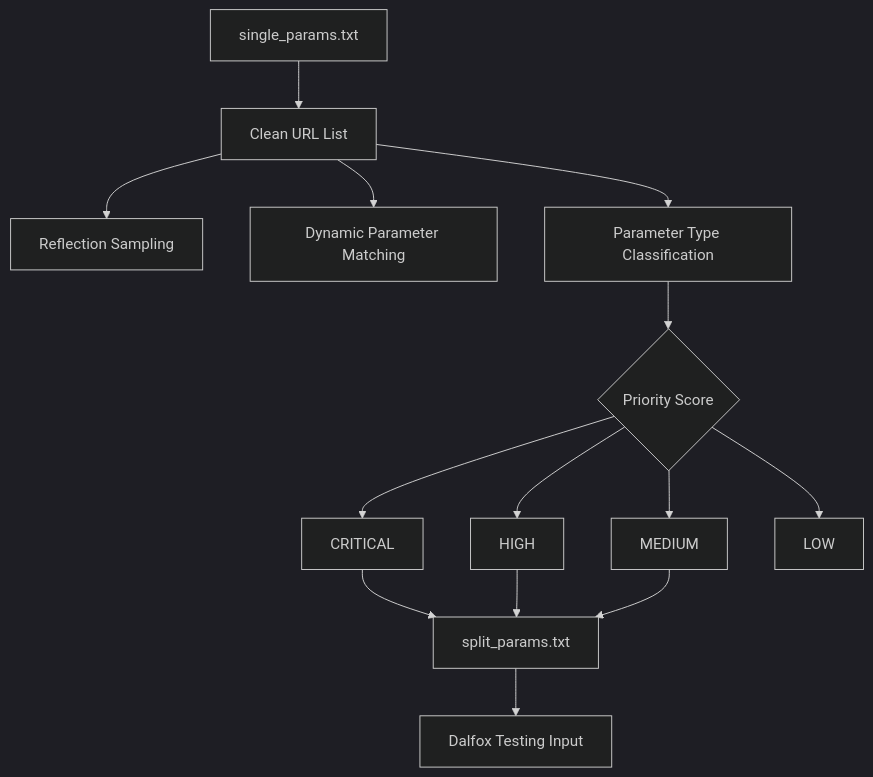
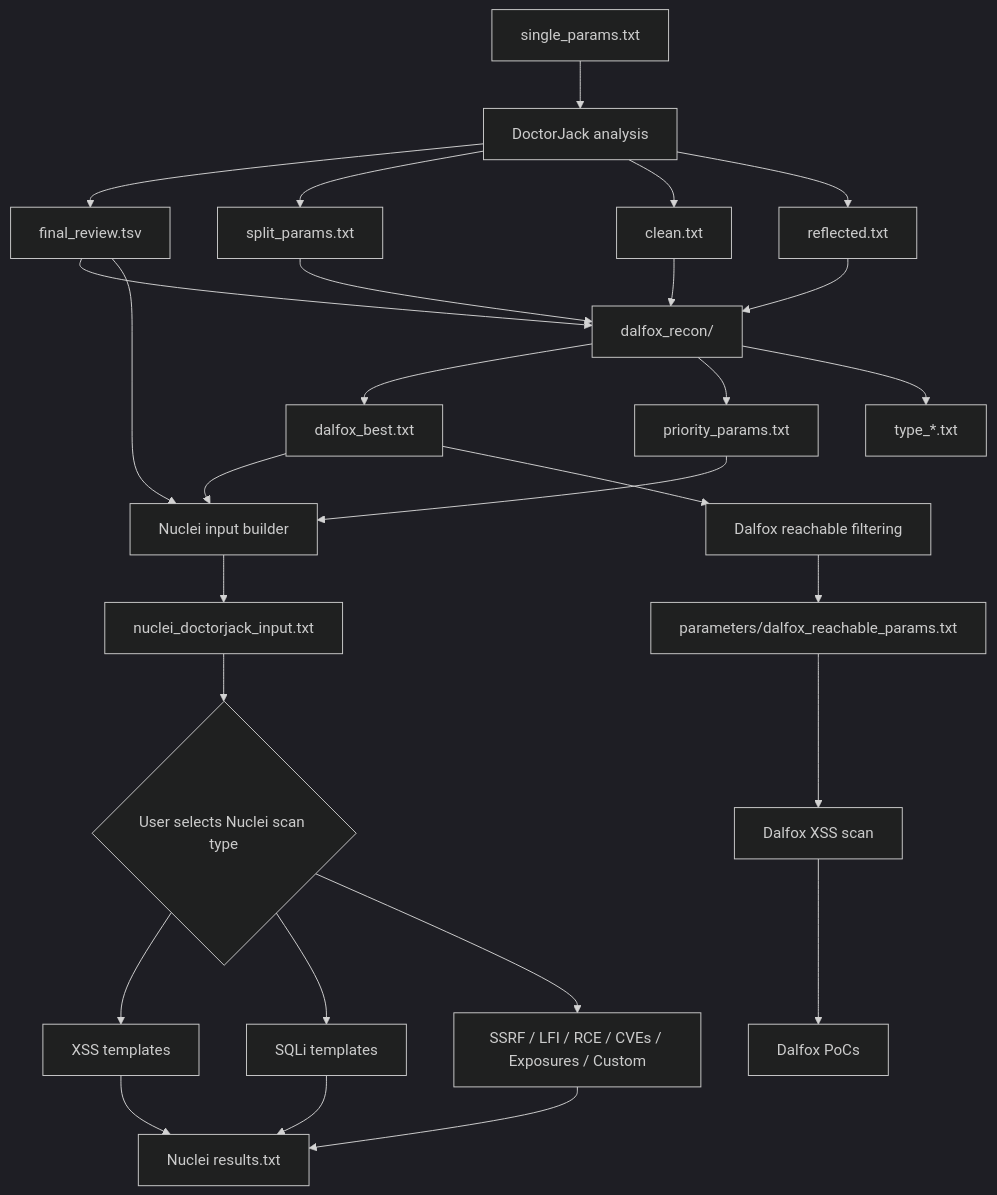
One commit to mohithakur0602/Babafrar changed the third of 3 diagrams in README.md. Above: the diagram before and after it, drawn with Mermaid (dark theme). The commit also changed other lines of this file, not shown here.

Commit message:
Update README workflow diagrams

````diff
--- a/README.md
+++ b/README.md
@@ -91,16 +104,30 @@
 ```mermaid
 flowchart TD
-    A[single_params.txt] --> B[Clean URL List]
-    B --> C[Reflection Sampling]
-    B --> D[Dynamic Parameter Matching]
-    B --> E[Parameter Type Classification]
-    E --> F{Priority Score}
-    F --> G[CRITICAL]
-    F --> H[HIGH]
-    F --> I[MEDIUM]
-    F --> J[LOW]
-    G --> K[split_params.txt]
-    H --> K
+    A[single_params.txt] --> B[DoctorJack analysis]
+    B --> C[final_review.tsv]
+    B --> D[split_params.txt]
+    B --> E[clean.txt]
+    B --> F[reflected.txt]
+    C --> G[dalfox_recon/]
+    D --> G
+    E --> G
+    F --> G
+    G --> H[dalfox_best.txt]
+    G --> I[priority_params.txt]
+    G --> J[type_*.txt]
+    H --> K[Nuclei input builder]
     I --> K
-    K --> L[Dalfox Testing Input]
+    C --> K
+    K --> L[nuclei_doctorjack_input.txt]
+    L --> M{User selects Nuclei scan type}
+    M --> N[XSS templates]
+    M --> O[SQLi templates]
+    M --> P[SSRF / LFI / RCE / CVEs / Exposures / Custom]
+    N --> Q[Nuclei results.txt]
+    O --> Q
+    P --> Q
+    H --> R[Dalfox reachable filtering]
+    R --> S[parameters/dalfox_reachable_params.txt]
+    S --> T[Dalfox XSS scan]
+    T --> U[Dalfox PoCs]
 ```
````
